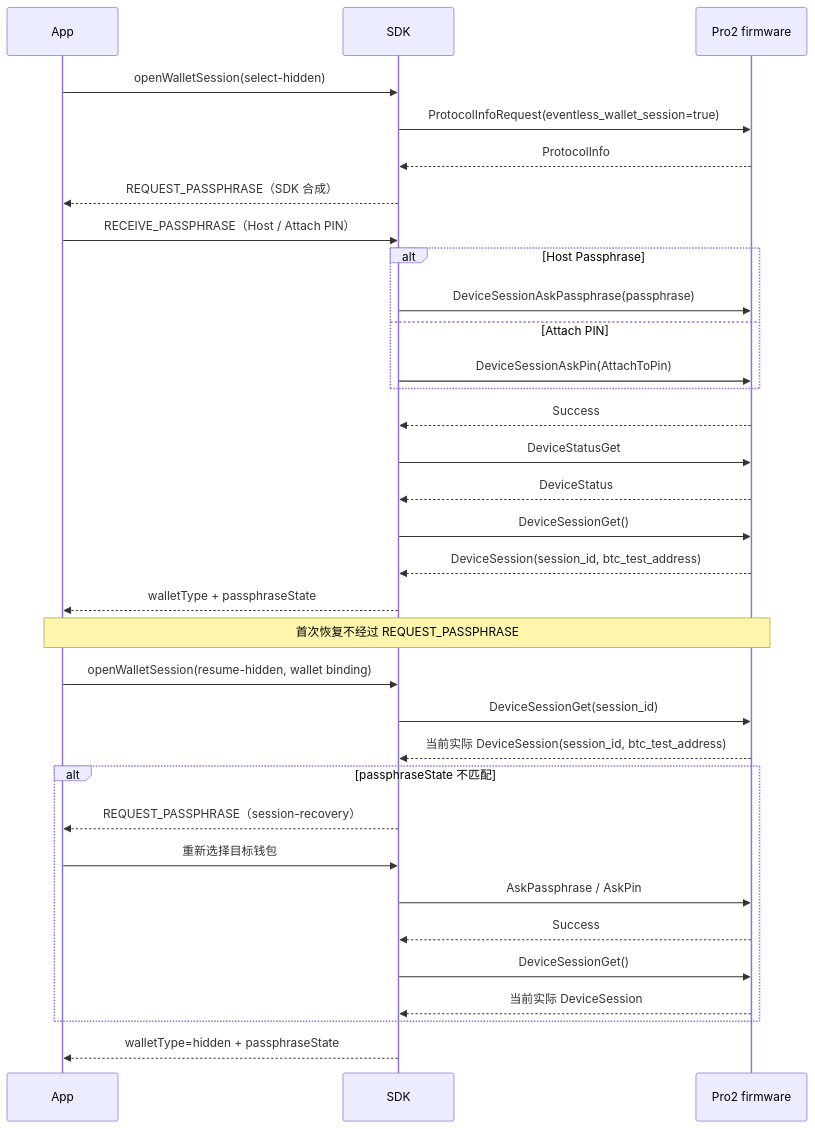
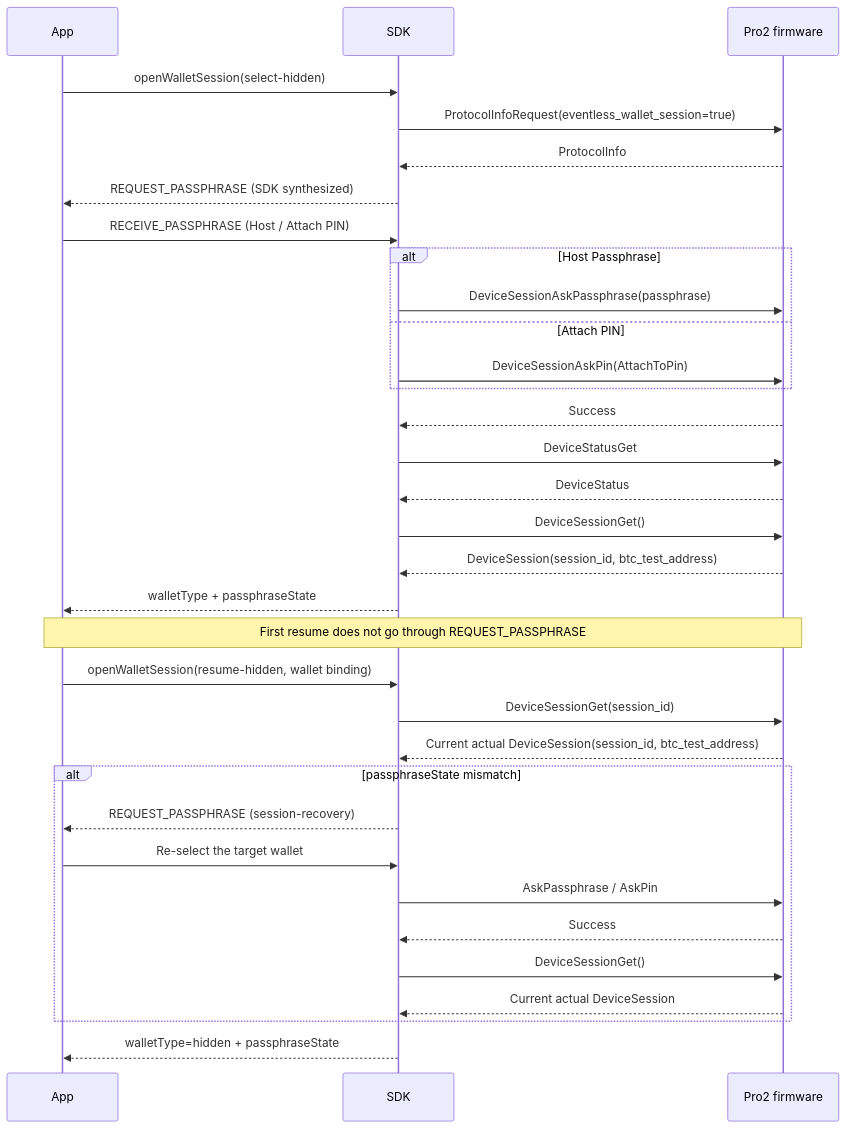
One commit to OneKeyHQ/hardware-js-sdk changed the second of 2 diagrams in docs/sdk/pro2-eventless-migration.md. Above: the diagram before and after it, drawn with Mermaid. The commit also changed other lines of this file and 13 other files, not shown here.

````diff
--- a/docs/sdk/pro2-eventless-migration.md
+++ b/docs/sdk/pro2-eventless-migration.md
@@ -166,37 +150,37 @@
 ```mermaid
 sequenceDiagram
   participant App
   participant SDK
   participant FW as Pro2 firmware
 
   App->>SDK: openWalletSession(select-hidden)
   SDK->>FW: ProtocolInfoRequest(eventless_wallet_session=true)
   FW-->>SDK: ProtocolInfo
-  SDK-->>App: REQUEST_PASSPHRASE（SDK 合成）
-  App->>SDK: RECEIVE_PASSPHRASE（Host / Attach PIN）
+  SDK-->>App: REQUEST_PASSPHRASE (SDK synthesized)
+  App->>SDK: RECEIVE_PASSPHRASE (Host / Attach PIN)
   alt Host Passphrase
     SDK->>FW: DeviceSessionAskPassphrase(passphrase)
   else Attach PIN
     SDK->>FW: DeviceSessionAskPin(AttachToPin)
   end
   FW-->>SDK: Success
   SDK->>FW: DeviceStatusGet
   FW-->>SDK: DeviceStatus
   SDK->>FW: DeviceSessionGet()
   FW-->>SDK: DeviceSession(session_id, btc_test_address)
   SDK-->>App: walletType + passphraseState
 
-  Note over App,FW: 首次恢复不经过 REQUEST_PASSPHRASE
+  Note over App,FW: First resume does not go through REQUEST_PASSPHRASE
   App->>SDK: openWalletSession(resume-hidden, wallet binding)
   SDK->>FW: DeviceSessionGet(session_id)
-  FW-->>SDK: 当前实际 DeviceSession(session_id, btc_test_address)
-  alt passphraseState 不匹配
-    SDK-->>App: REQUEST_PASSPHRASE（session-recovery）
-    App->>SDK: 重新选择目标钱包
+  FW-->>SDK: Current actual DeviceSession(session_id, btc_test_address)
+  alt passphraseState mismatch
+    SDK-->>App: REQUEST_PASSPHRASE (session-recovery)
+    App->>SDK: Re-select the target wallet
     SDK->>FW: AskPassphrase / AskPin
     FW-->>SDK: Success
     SDK->>FW: DeviceSessionGet()
-    FW-->>SDK: 当前实际 DeviceSession
+    FW-->>SDK: Current actual DeviceSession
   end
   SDK-->>App: walletType=hidden + passphraseState
 ```
````
